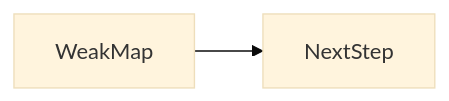
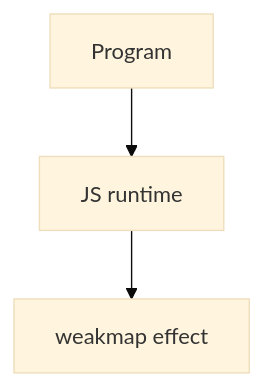
One commit to OmidJavaherii/Frontend-Engineering-Handbook changed the second of 2 diagrams in docs/en/06-javascript/weakmap/index.md. Above: the diagram before and after it, drawn with Mermaid (base theme). The commit also changed other lines of this file and 461 other files, not shown here.

````diff
--- a/docs/en/06-javascript/weakmap/index.md
+++ b/docs/en/06-javascript/weakmap/index.md
@@ -95,4 +109,5 @@
 ```mermaid
-flowchart LR
-  concept[WeakMap] --> nextStep[NextStep]
+flowchart TD
+  Code[Program] --> Runtime[JS runtime]
+  Runtime --> Effect[weakmap effect]
 ```
````
